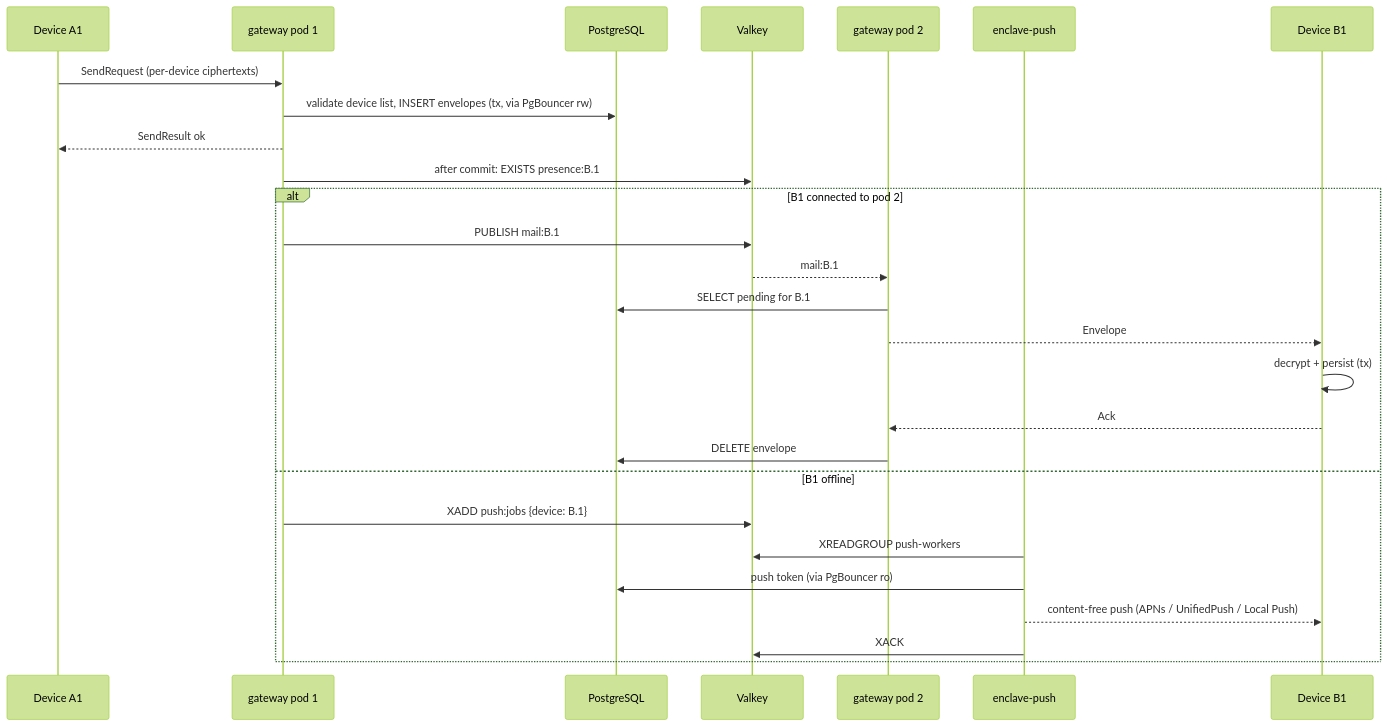
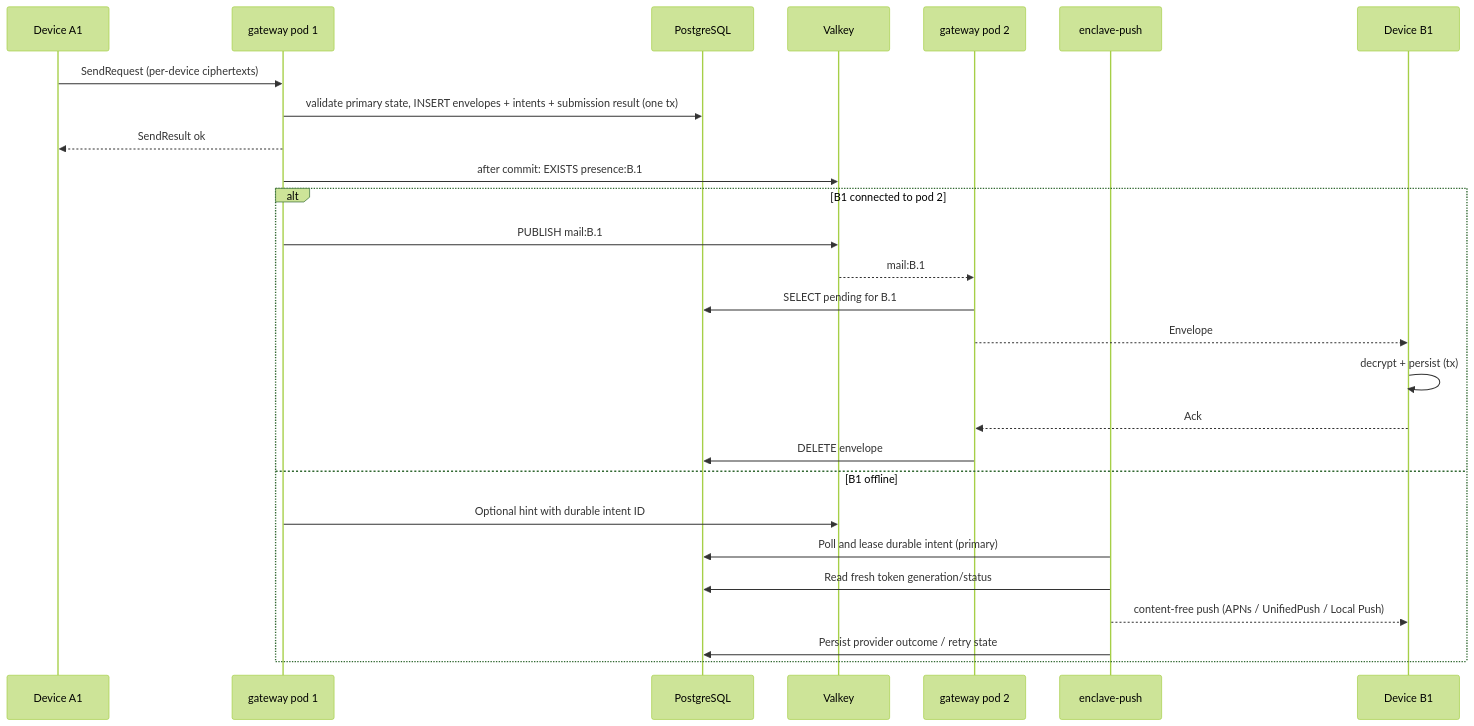
Before and after one commit to bogdancstrike/convo: the third of 3 diagrams in docs/arf.md, drawn with Mermaid (forest theme). The commit also changed other lines of this file and 10 other files, not shown here.

````diff
--- a/docs/arf.md
+++ b/docs/arf.md
@@ -298,29 +307,29 @@
 ```mermaid
 sequenceDiagram
     participant A as Device A1
     participant GW1 as gateway pod 1
     participant PG as PostgreSQL
     participant VK as Valkey
     participant GW2 as gateway pod 2
     participant PU as enclave-push
     participant B as Device B1
     A->>GW1: SendRequest (per-device ciphertexts)
-    GW1->>PG: validate device list, INSERT envelopes (tx, via PgBouncer rw)
+    GW1->>PG: validate primary state, INSERT envelopes + intents + submission result (one tx)
     GW1-->>A: SendResult ok
     GW1->>VK: after commit: EXISTS presence:B.1
     alt B1 connected to pod 2
         GW1->>VK: PUBLISH mail:B.1
         VK-->>GW2: mail:B.1
         GW2->>PG: SELECT pending for B.1
         GW2-->>B: Envelope
         B->>B: decrypt + persist (tx)
         B-->>GW2: Ack
         GW2->>PG: DELETE envelope
     else B1 offline
-        GW1->>VK: XADD push:jobs {device: B.1}
-        PU->>VK: XREADGROUP push-workers
-        PU->>PG: push token (via PgBouncer ro)
+        GW1->>VK: Optional hint with durable intent ID
+        PU->>PG: Poll and lease durable intent (primary)
+        PU->>PG: Read fresh token generation/status
         PU-->>B: content-free push (APNs / UnifiedPush / Local Push)
-        PU->>VK: XACK
+        PU->>PG: Persist provider outcome / retry state
     end
 ```
````
